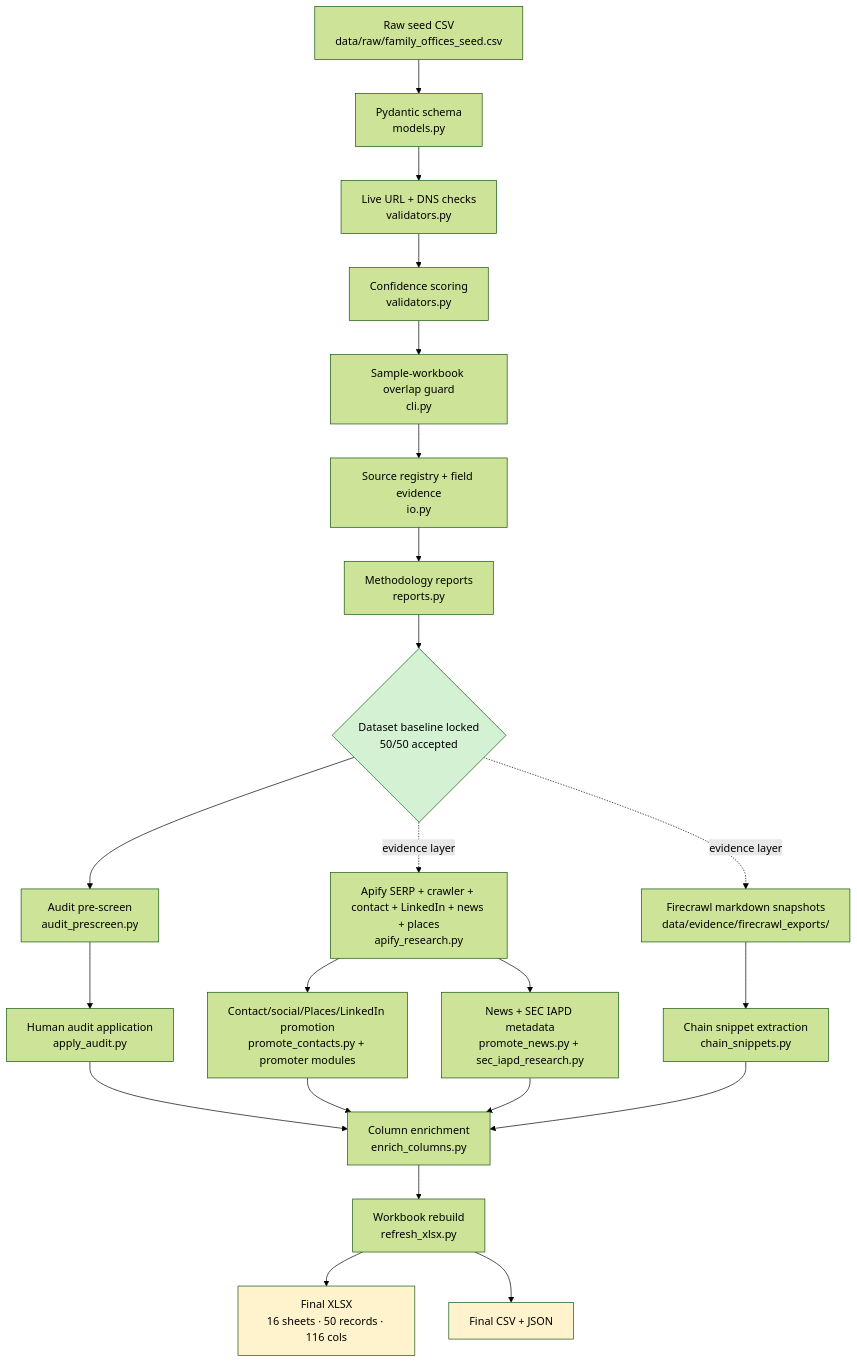
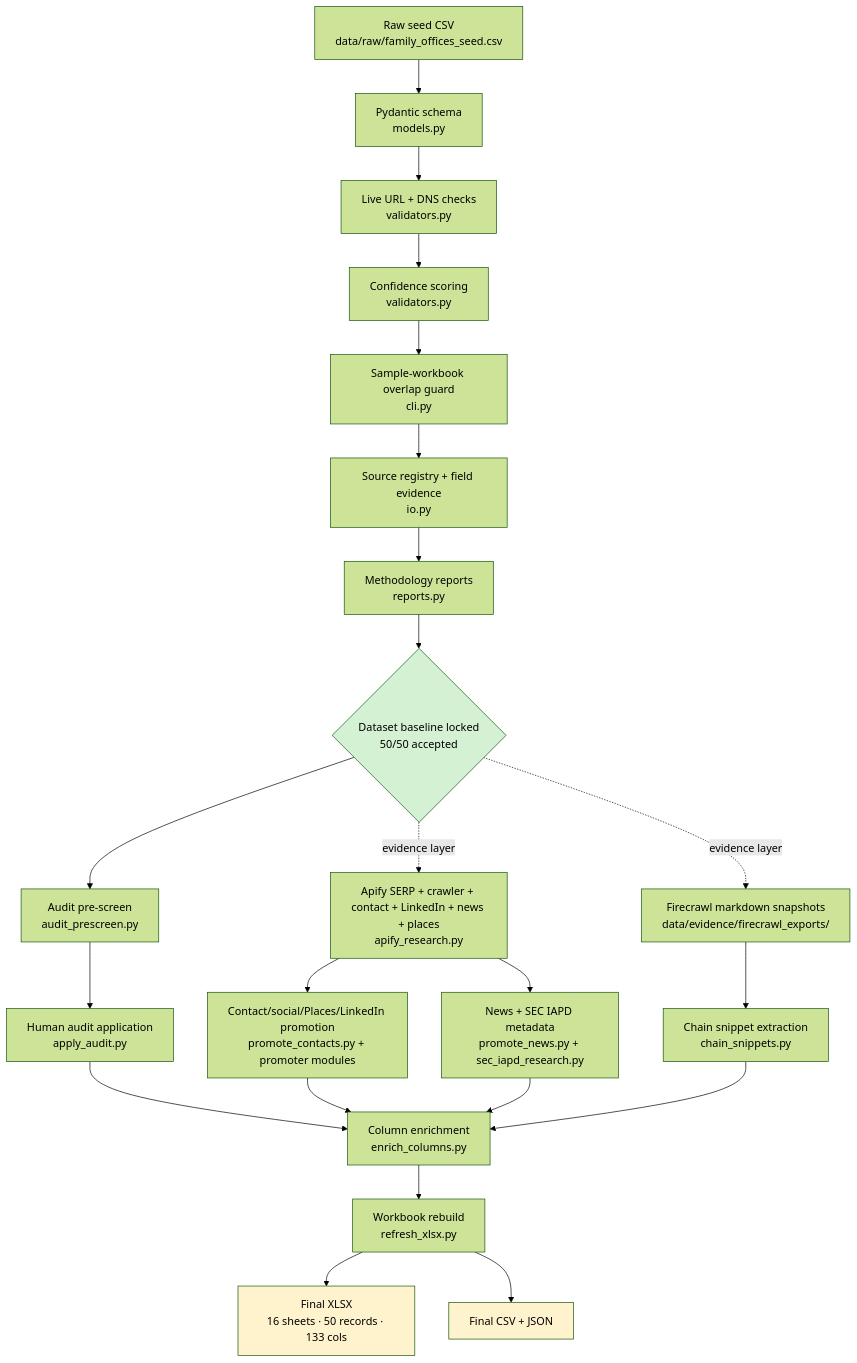
Before and after one commit to hassanasifai/polarity-fo-dataset-rag: the diagram in README.md, drawn with Mermaid (forest theme). The commit also changed other lines of this file and 46 other files, not shown here.

````diff
--- a/README.md
+++ b/README.md
@@ -35,33 +37,33 @@
 ```mermaid
 flowchart TD
     A[Raw seed CSV<br/>data/raw/family_offices_seed.csv] --> B[Pydantic schema<br/>models.py]
     B --> C[Live URL + DNS checks<br/>validators.py]
     C --> D[Confidence scoring<br/>validators.py]
     D --> E[Sample-workbook overlap guard<br/>cli.py]
     E --> F[Source registry + field evidence<br/>io.py]
     F --> G[Methodology reports<br/>reports.py]
     G --> H{Dataset baseline locked<br/>50/50 accepted}
 
     H --> I[Audit pre-screen<br/>audit_prescreen.py]
     I --> J[Human audit application<br/>apply_audit.py]
 
     H -.evidence layer.-> K[Apify SERP + crawler + contact + LinkedIn + news + places<br/>apify_research.py]
     H -.evidence layer.-> L[Firecrawl markdown snapshots<br/>data/evidence/firecrawl_exports/]
 
     K --> M[Contact/social/Places/LinkedIn promotion<br/>promote_contacts.py + promoter modules]
     L --> N[Chain snippet extraction<br/>chain_snippets.py]
     K --> O[News + SEC IAPD metadata<br/>promote_news.py + sec_iapd_research.py]
 
     J --> P[Column enrichment<br/>enrich_columns.py]
     M --> P
     N --> P
     O --> P
 
     P --> Q[Workbook rebuild<br/>refresh_xlsx.py]
-    Q --> R[Final XLSX<br/>16 sheets · 50 records · 116 cols]
+    Q --> R[Final XLSX<br/>16 sheets · 50 records · 133 cols]
     Q --> S[Final CSV + JSON]
 
     style H fill:#d4f1d4
     style R fill:#fff3cd
     style S fill:#fff3cd
 ```
````
